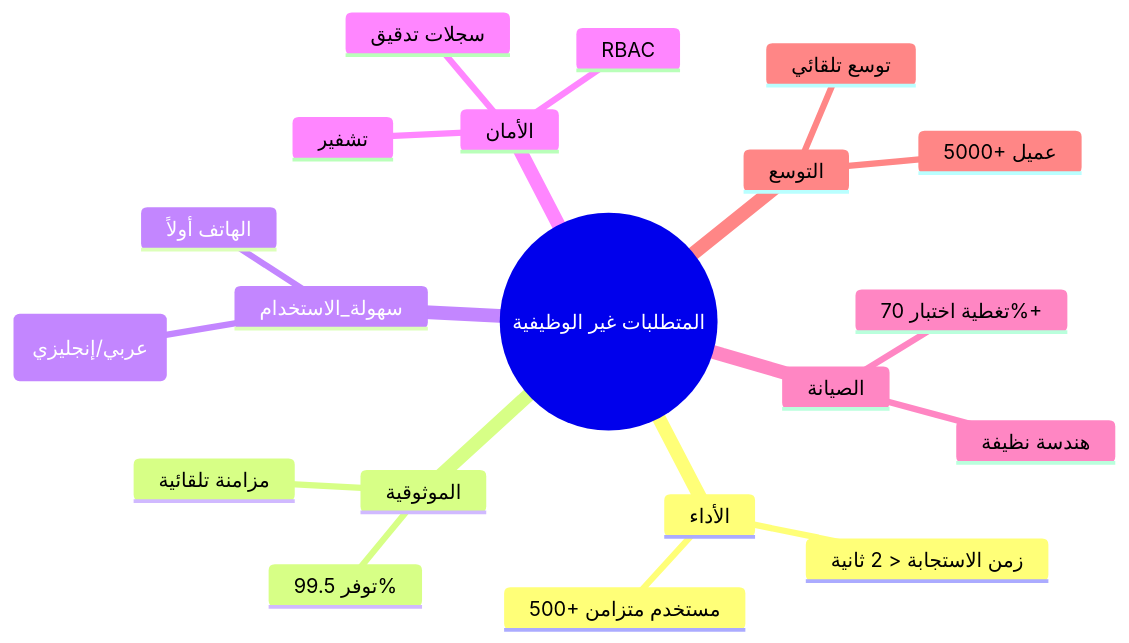
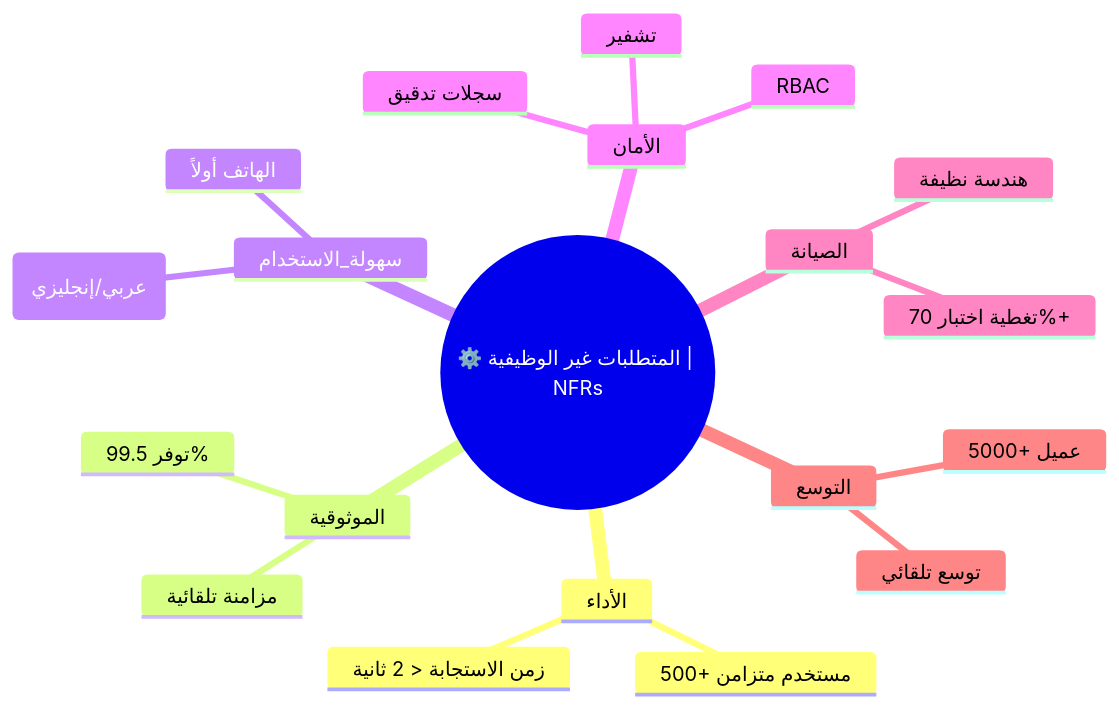
Before and after one commit to Ash69g/Documentation-Study: the second of 3 diagrams in docs/10-nfr-and-quality/10-nfr-and-quality.md, drawn with Mermaid. The commit also changed other lines of this file and 15 other files, not shown here.

````diff
--- a/docs/10-nfr-and-quality/10-nfr-and-quality.md
+++ b/docs/10-nfr-and-quality/10-nfr-and-quality.md
@@ -69,23 +57,23 @@
 ```mermaid
 mindmap
-  root((المتطلبات غير الوظيفية))
+  root((⚙️ المتطلبات غير الوظيفية | NFRs))
     الأداء
       زمن الاستجابة < 2 ثانية
       500+ مستخدم متزامن
     الموثوقية
       توفر 99.5%
       مزامنة تلقائية
     سهولة_الاستخدام
       ثنائي اللغة (عربي/إنجليزي)
       الهاتف أولاً
     الأمان
       RBAC
       تشفير
       سجلات تدقيق
     الصيانة
       هندسة نظيفة
       تغطية اختبار 70%+
     التوسع
       5000+ عميل
       توسع تلقائي
 ```
````
